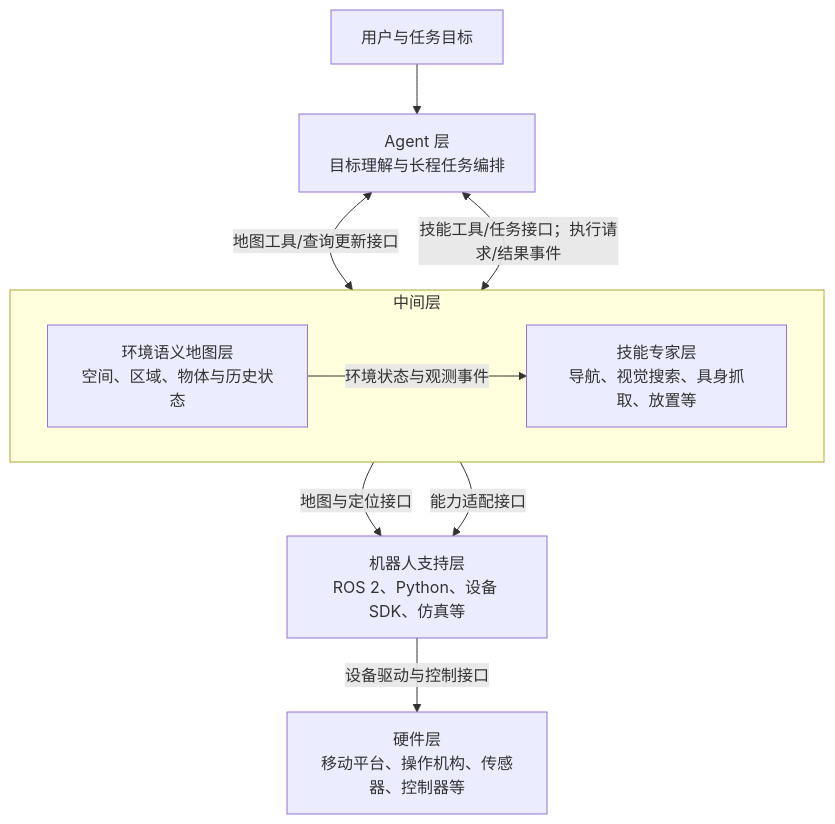
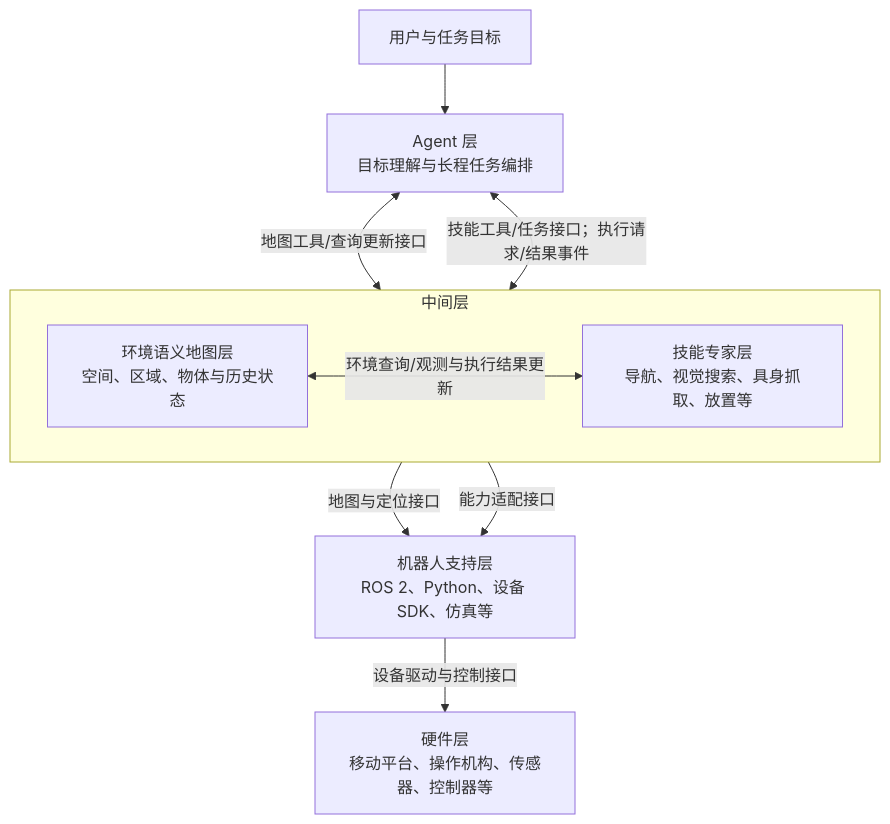
Before and after one commit to ianhequn/da_chuang_20261112: the diagram in 架构设计.md, drawn with Mermaid. The commit also changed other lines of this file and 5 other files, not shown here.

````diff
--- a/架构设计.md
+++ b/架构设计.md
@@ -7,29 +7,29 @@
 ```mermaid
 flowchart TD
 
     User[用户与任务目标]
     Agent[Agent 层<br/>目标理解与长程任务编排]
 
     subgraph middle[中间层]
         direction LR
 
         Map[环境语义地图层<br/>空间、区域、物体与历史状态]
         Skill[技能专家层<br/>导航、视觉搜索、具身抓取、放置等]
     end
 
     ROS[机器人支持层<br/>ROS 2、Python、设备 SDK、仿真等]
     Hardware[硬件层<br/>移动平台、操作机构、传感器、控制器等]
 
 
     User --> Agent
 
     Agent <-->|地图工具/查询更新接口| Map
     Agent <-->|技能工具/任务接口；执行请求/结果事件| Skill
 
-    Map -->|环境状态与观测事件| Skill
+    Map <-->|环境查询/观测与执行结果更新| Skill
 
     Map -->|地图与定位接口| ROS
     Skill -->|能力适配接口| ROS
 
     ROS -->|设备驱动与控制接口| Hardware
 ```
````
